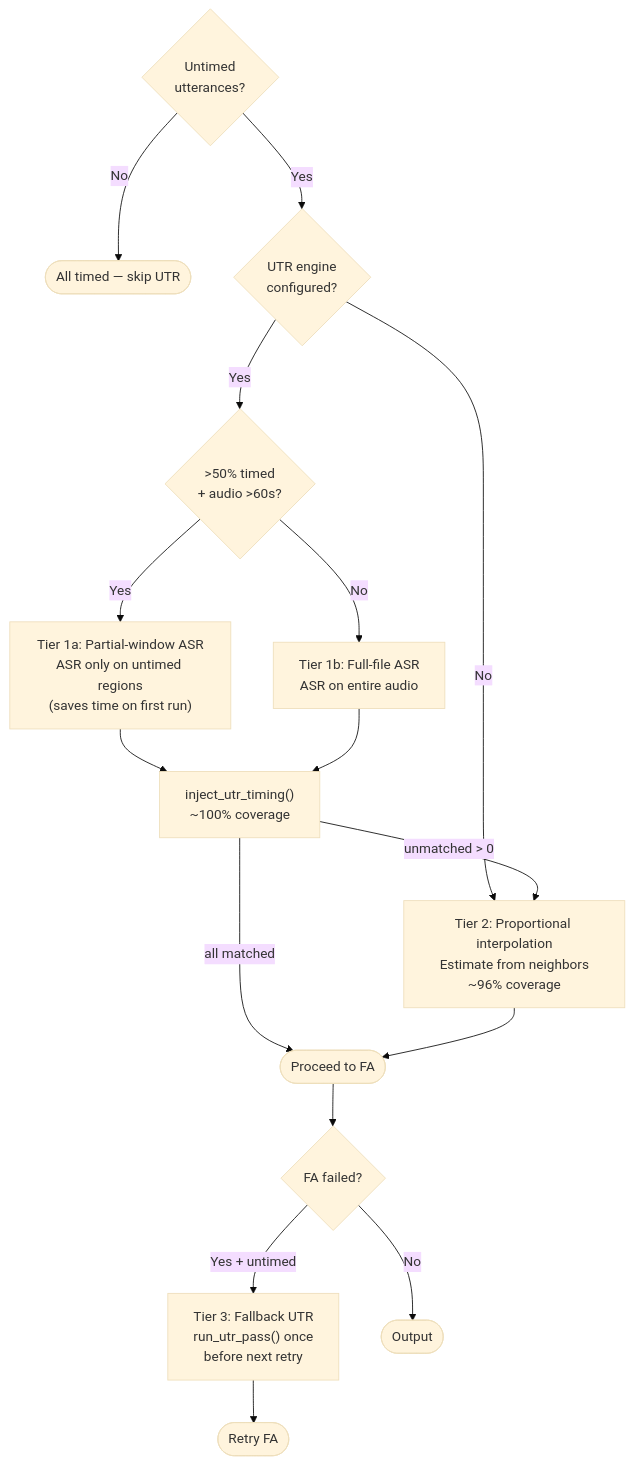
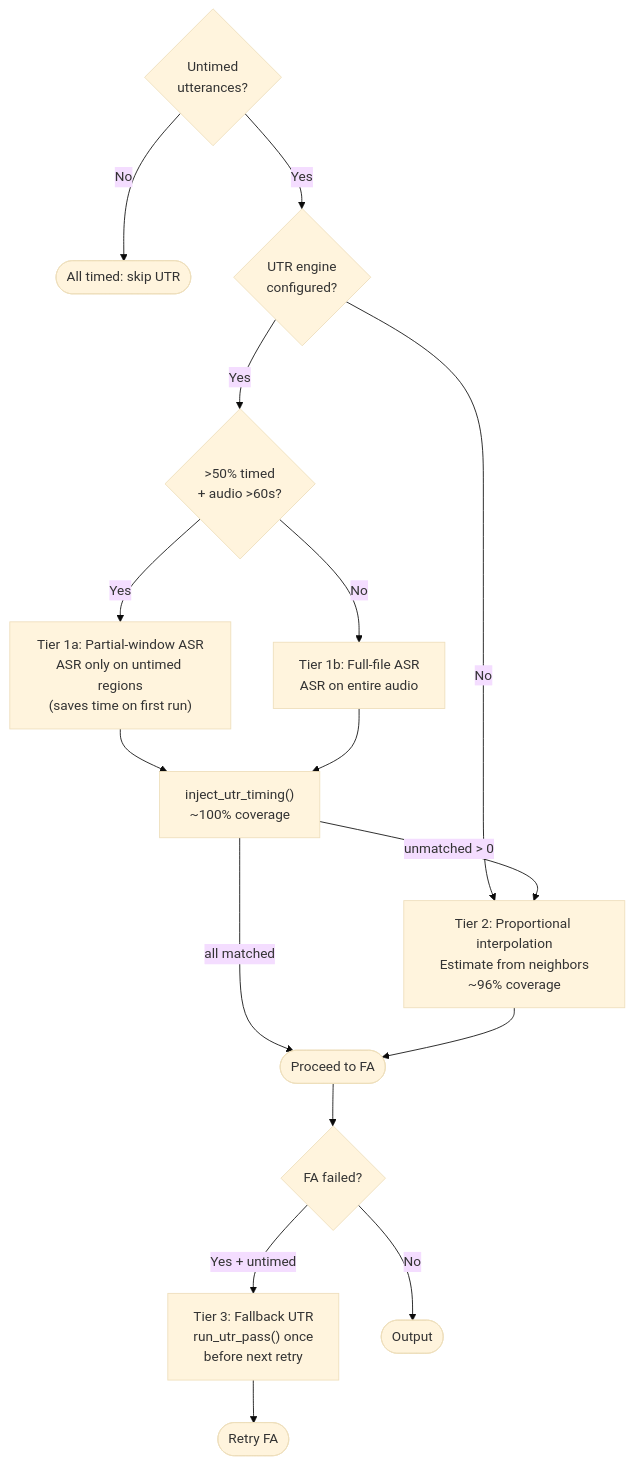
Before and after one commit to TalkBank/talkbank-tools: diagram 11 of 13 in book/src/batchalign/reference/forced-alignment.md, drawn with Mermaid (base theme). The commit also changed other lines of this file and 706 other files, not shown here.

````diff
--- a/book/src/batchalign/reference/forced-alignment.md
+++ b/book/src/batchalign/reference/forced-alignment.md
@@ -840,24 +840,24 @@
 ```mermaid
 flowchart TD
-    start{Untimed\nutterances?} -->|No| done([All timed — skip UTR])
+    start{Untimed\nutterances?} -->|No| done([All timed: skip UTR])
     start -->|Yes| engine{UTR engine\nconfigured?}
 
     engine -->|Yes| ratio{">50% timed\n+ audio >60s?"}
     ratio -->|Yes| partial["Tier 1a: Partial-window ASR\nASR only on untimed regions\n(saves time on first run)"]
     ratio -->|No| full["Tier 1b: Full-file ASR\nASR on entire audio"]
 
     partial --> inject["inject_utr_timing()\n~100% coverage"]
     full --> inject
 
     engine -->|No| interp["Tier 2: Proportional interpolation\nEstimate from neighbors\n~96% coverage"]
 
     inject -->|"unmatched > 0"| interp
     inject -->|"all matched"| done2([Proceed to FA])
 
     interp --> done2
 
     done2 --> fa_fail{FA failed?}
     fa_fail -->|Yes + untimed| fallback["Tier 3: Fallback UTR\nrun_utr_pass() once\nbefore next retry"]
     fallback --> retry([Retry FA])
     fa_fail -->|No| output([Output])
 ```
````
